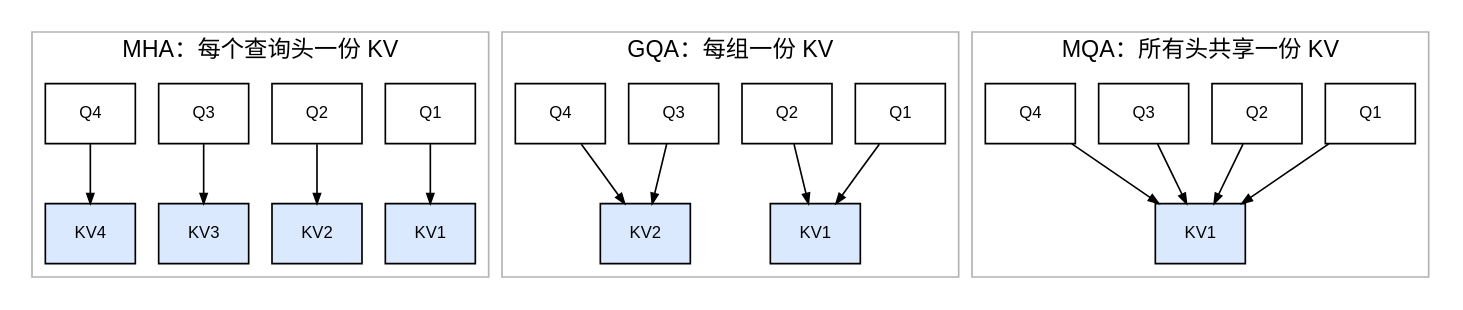
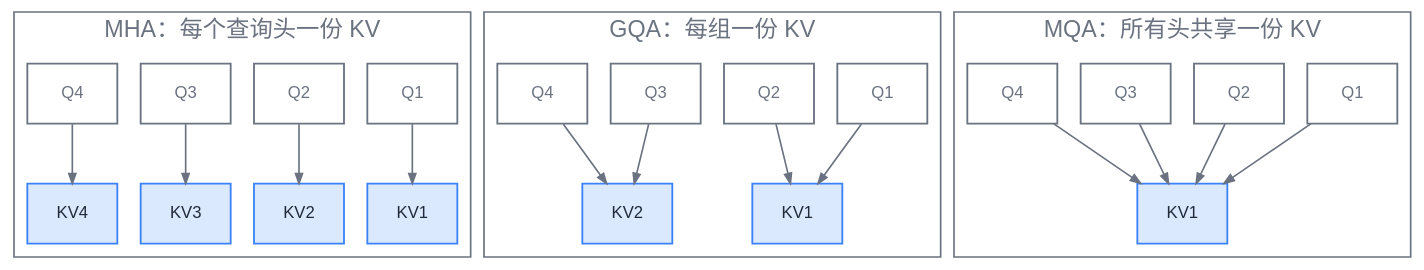
The second of 3 diagrams in zh/p1-foundations/06-transformer-architecture.qmd (latere-ai/ai-as-an-infrastructure), drawn with Graphviz before and after one commit. The commit also changed other lines of this file and 186 other files, not shown here.

First line of the commit message:
book: visual audit pass on all diagrams and figures

````diff
--- a/zh/p1-foundations/06-transformer-architecture.qmd
+++ b/zh/p1-foundations/06-transformer-architecture.qmd
@@ -83,38 +84,39 @@
 ```{dot}
 //| label: fig-kv-sharing
 //| fig-cap: "MHA、GQA 与 MQA 如何把查询头接线到被缓存的键/值头。只有 KV 头位于缓存中，所以把多个查询头坍缩到一个 KV 头正是缓存缩小的原因。"
 digraph kv {
+  bgcolor="transparent";
+  node [shape=box, fontname="Helvetica", fontsize=10, color="#6b7280", fontcolor="#6b7280", penwidth=1.1];
+  edge [color="#6b7280", fontcolor="#6b7280", arrowsize=0.6];
   rankdir=TB;
-  node [shape=box, fontname="Helvetica", fontsize=10];
-  edge [arrowsize=0.6];
   nodesep=0.2;
 
   subgraph cluster_mha {
     label="MHA：每个查询头一份 KV";
-    fontname="Helvetica"; color="gray70";
+    fontname="Helvetica"; fontcolor="#6b7280"; color="#6b7280";
     q1 [label="Q1"]; q2 [label="Q2"]; q3 [label="Q3"]; q4 [label="Q4"];
-    k1 [label="KV1", style=filled, fillcolor="#dbe9ff"];
-    k2 [label="KV2", style=filled, fillcolor="#dbe9ff"];
-    k3 [label="KV3", style=filled, fillcolor="#dbe9ff"];
-    k4 [label="KV4", style=filled, fillcolor="#dbe9ff"];
+    k1 [label="KV1", style=filled, fillcolor="#dbe9ff", color="#3b82f6", fontcolor="#1f2937"];
+    k2 [label="KV2", style=filled, fillcolor="#dbe9ff", color="#3b82f6", fontcolor="#1f2937"];
+    k3 [label="KV3", style=filled, fillcolor="#dbe9ff", color="#3b82f6", fontcolor="#1f2937"];
+    k4 [label="KV4", style=filled, fillcolor="#dbe9ff", color="#3b82f6", fontcolor="#1f2937"];
     q1 -> k1; q2 -> k2; q3 -> k3; q4 -> k4;
   }
 
   subgraph cluster_gqa {
     label="GQA：每组一份 KV";
-    fontname="Helvetica"; color="gray70";
+    fontname="Helvetica"; fontcolor="#6b7280"; color="#6b7280";
     g1 [label="Q1"]; g2 [label="Q2"]; g3 [label="Q3"]; g4 [label="Q4"];
-    gk1 [label="KV1", style=filled, fillcolor="#dbe9ff"];
-    gk2 [label="KV2", style=filled, fillcolor="#dbe9ff"];
+    gk1 [label="KV1", style=filled, fillcolor="#dbe9ff", color="#3b82f6", fontcolor="#1f2937"];
+    gk2 [label="KV2", style=filled, fillcolor="#dbe9ff", color="#3b82f6", fontcolor="#1f2937"];
     g1 -> gk1; g2 -> gk1; g3 -> gk2; g4 -> gk2;
   }
 
   subgraph cluster_mqa {
     label="MQA：所有头共享一份 KV";
-    fontname="Helvetica"; color="gray70";
+    fontname="Helvetica"; fontcolor="#6b7280"; color="#6b7280";
     m1 [label="Q1"]; m2 [label="Q2"]; m3 [label="Q3"]; m4 [label="Q4"];
-    mk [label="KV1", style=filled, fillcolor="#dbe9ff"];
+    mk [label="KV1", style=filled, fillcolor="#dbe9ff", color="#3b82f6", fontcolor="#1f2937"];
     m1 -> mk; m2 -> mk; m3 -> mk; m4 -> mk;
   }
 }
 ```
````
